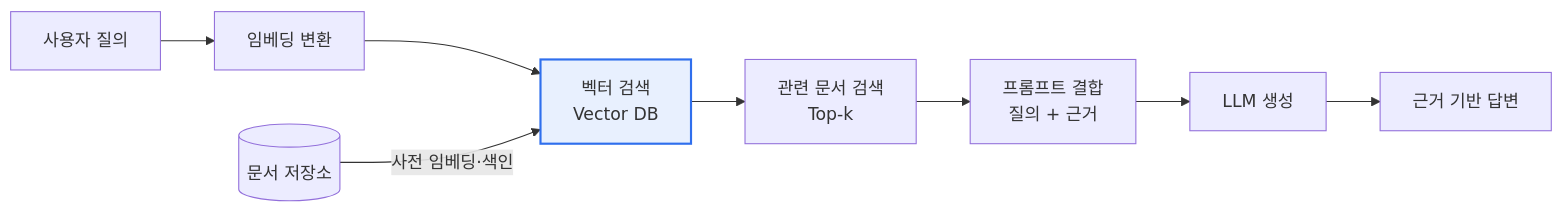
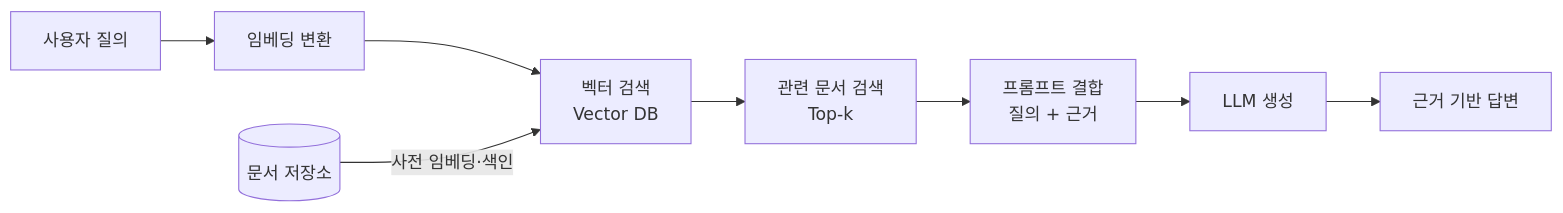
The diagram in content/rag.md (coninggu/wjdqhrhksflrltnftk), drawn with Mermaid before and after one commit. The commit also changed other lines of this file and 28 other files, not shown here.

````diff
--- a/content/rag.md
+++ b/content/rag.md
@@ -14,11 +14,10 @@
 ```mermaid
 flowchart LR
   Q[사용자 질의] --> E[임베딩 변환]
   E --> S[벡터 검색<br/>Vector DB]
   D[(문서 저장소)] -->|사전 임베딩·색인| S
   S --> C[관련 문서 검색<br/>Top-k]
   C --> P[프롬프트 결합<br/>질의 + 근거]
   P --> L[LLM 생성]
   L --> A[근거 기반 답변]
-  style S fill:#e8f0fe,stroke:#2f6fed,stroke-width:2px
 ```
````
